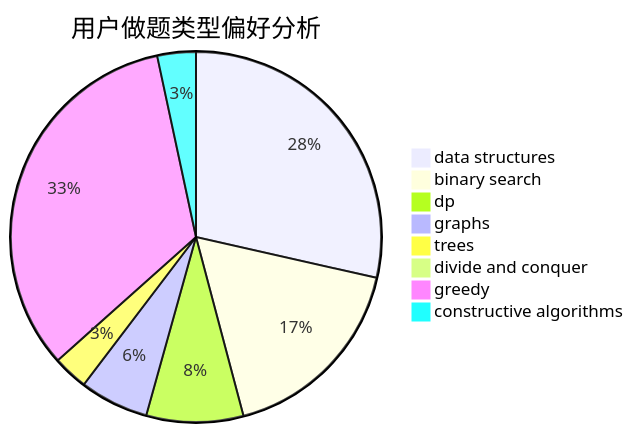
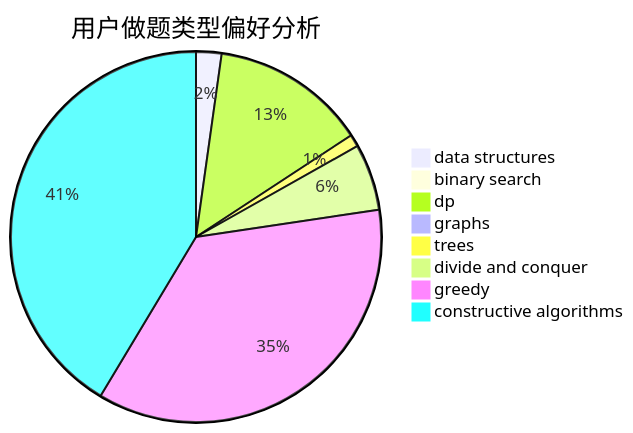
Before and after one commit to sherpahu/cfrs.github.io: the second of 3 diagrams in docs/user/u1253.md, drawn with Mermaid. The commit also changed other lines of this file and 2770 other files, not shown here.

````diff
--- a/docs/user/u1253.md
+++ b/docs/user/u1253.md
@@ -23,11 +23,11 @@
 ```mermaid
 pie title 用户做题类型偏好分析
-    "data structures" :  280
-    "binary search" :  170
-    "dp" :  83
-    "graphs" :  59
-    "trees" :  30
-    "divide and conquer" :  5
-    "greedy" :  326
-    "constructive algorithms" :  33
+    "data structures" :  29
+    "binary search" :  11
+    "dp" :  177
+    "graphs" :  6
+    "trees" :  14
+    "divide and conquer" :  76
+    "greedy" :  470
+    "constructive algorithms" :  541
 ```
````
